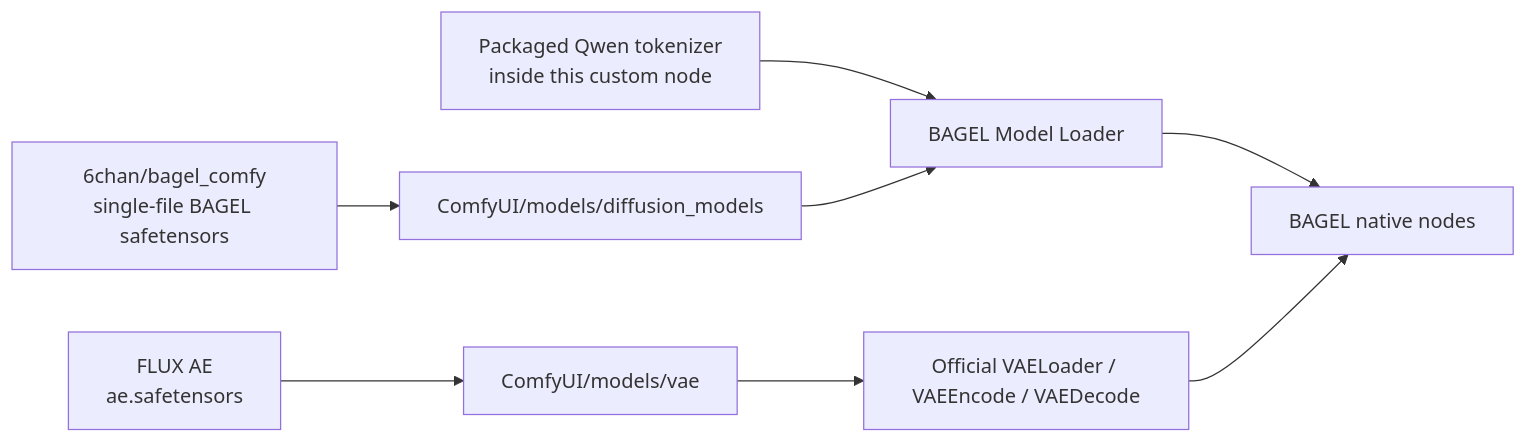
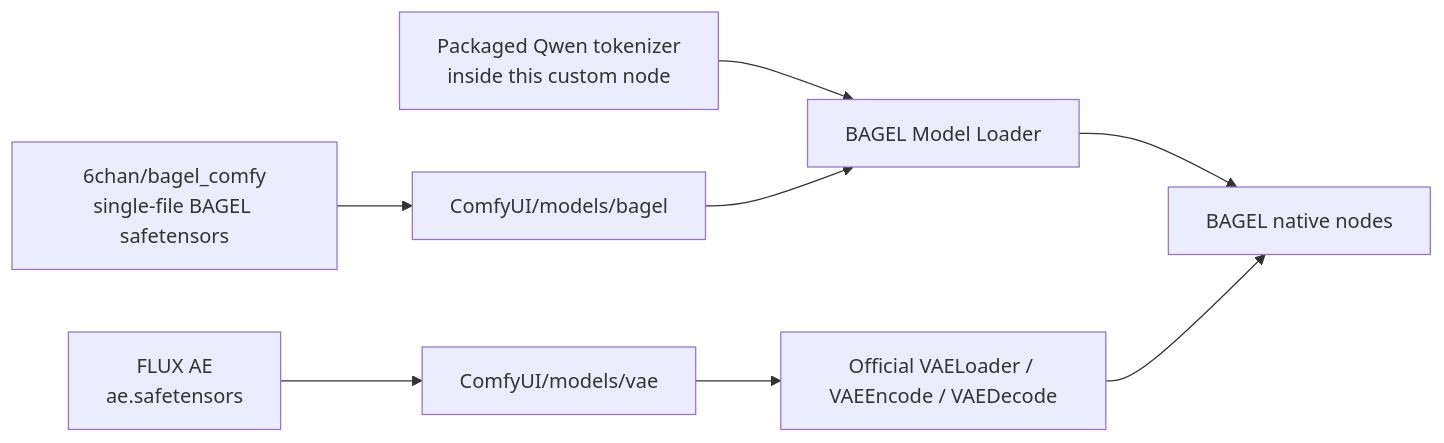
The first of 3 diagrams in README.md (neverbiasu/ComfyUI-BAGEL), drawn with Mermaid before and after one commit. The commit also changed other lines of this file and 5 other files, not shown here.

````diff
--- a/README.md
+++ b/README.md
@@ -7,10 +7,10 @@
 ```mermaid
 flowchart LR
-    A["6chan/bagel_comfy<br/>single-file BAGEL safetensors"] --> B["ComfyUI/models/diffusion_models"]
+    A["6chan/bagel_comfy<br/>single-file BAGEL safetensors"] --> B["ComfyUI/models/bagel"]
     C["FLUX AE<br/>ae.safetensors"] --> D["ComfyUI/models/vae"]
     E["Packaged Qwen tokenizer<br/>inside this custom node"] --> F["BAGEL Model Loader"]
     B --> F
     D --> G["Official VAELoader / VAEEncode / VAEDecode"]
     F --> H["BAGEL native nodes"]
     G --> H
 ```
````
